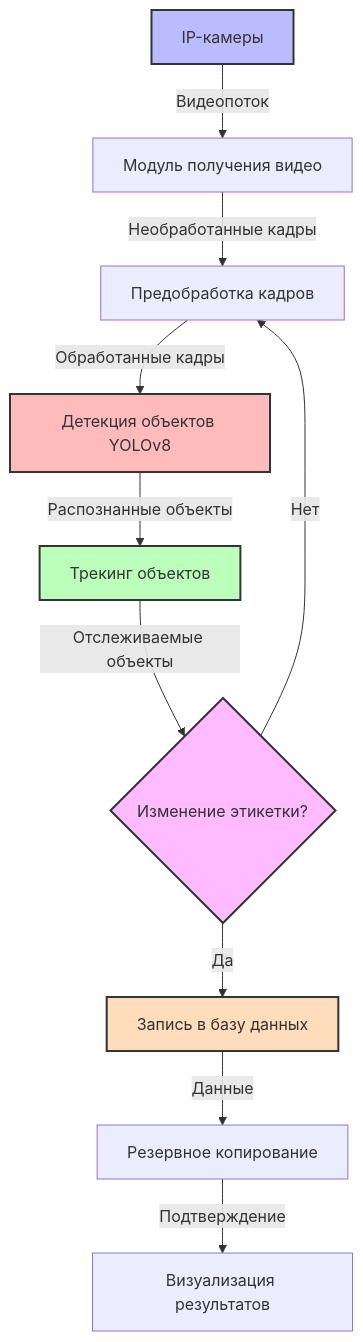
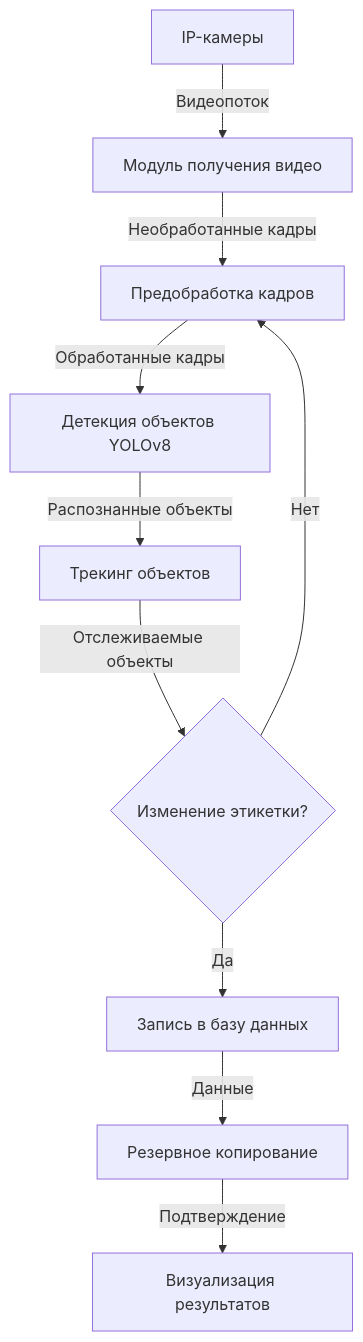
The fourth of 8 diagrams in README.md (Butcher044/H2-Hibernate), drawn with Mermaid before and after one commit. The commit also changed other lines of this file, not shown here.

````diff
--- a/README.md
+++ b/README.md
@@ -209,18 +209,13 @@
 ```mermaid
 graph TD
     A[IP-камеры] -->|Видеопоток| B[Модуль получения видео]
     B -->|Необработанные кадры| C[Предобработка кадров]
     C -->|Обработанные кадры| D[Детекция объектов YOLOv8]
     D -->|Распознанные объекты| E[Трекинг объектов]
     E -->|Отслеживаемые объекты| F{Изменение этикетки?}
     F -->|Да| G[Запись в базу данных]
     F -->|Нет| C
     G -->|Данные| H[Резервное копирование]
     H -->|Подтверждение| I[Визуализация результатов]
-    
-    style A fill:#bbf,stroke:#333,stroke-width:2px
-    style D fill:#fbb,stroke:#333,stroke-width:2px
-    style E fill:#bfb,stroke:#333,stroke-width:2px
-    style F fill:#fbf,stroke:#333,stroke-width:2px
-    style G fill:#fdb,stroke:#333,stroke-width:2px
+
 ```
````
